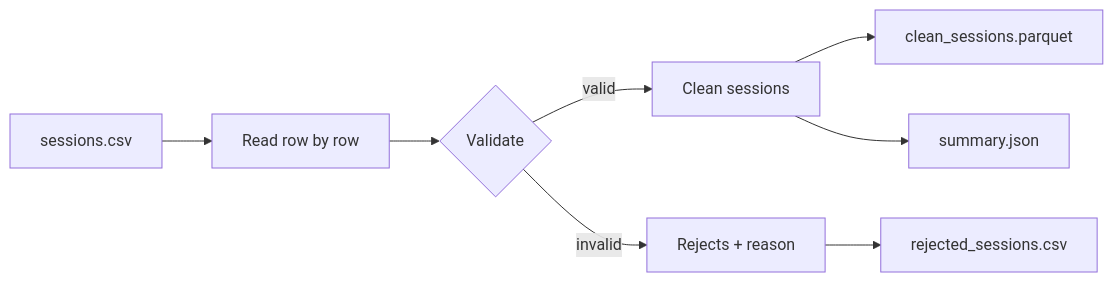
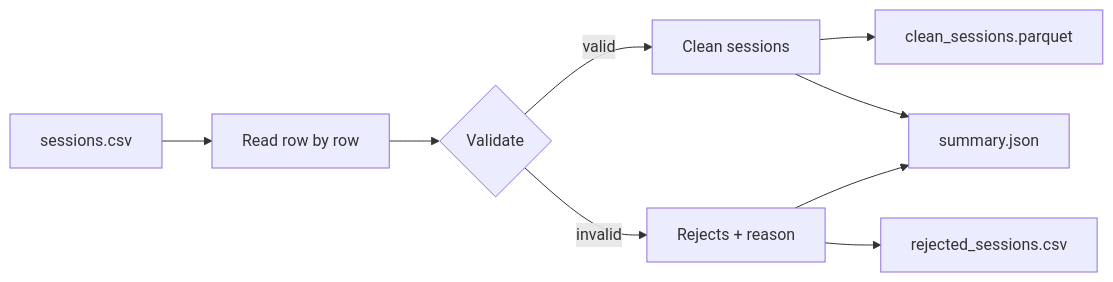
One commit to Afolakemi01/ev-charging-report changed the diagram in README.md. Above: the diagram before and after it, drawn with Mermaid. The commit also changed other lines of this file, not shown here.

Commit message:
Clarify README: clone URL, diagram, validation rules, KWh limit

````diff
--- a/README.md
+++ b/README.md
@@ -18,10 +18,11 @@
 ```mermaid
 flowchart LR
     A[sessions.csv] --> B[Read row by row]
     B --> C{Validate}
     C -- valid --> D[Clean sessions]
     C -- invalid --> E[Rejects + reason]
     D --> F[clean_sessions.parquet]
     D --> G[summary.json]
     E --> H[rejected_sessions.csv]
+    E --> G
 ```
````
